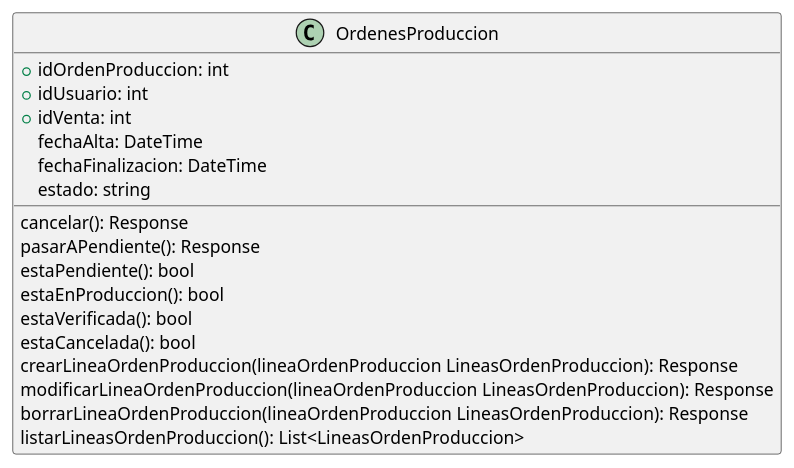
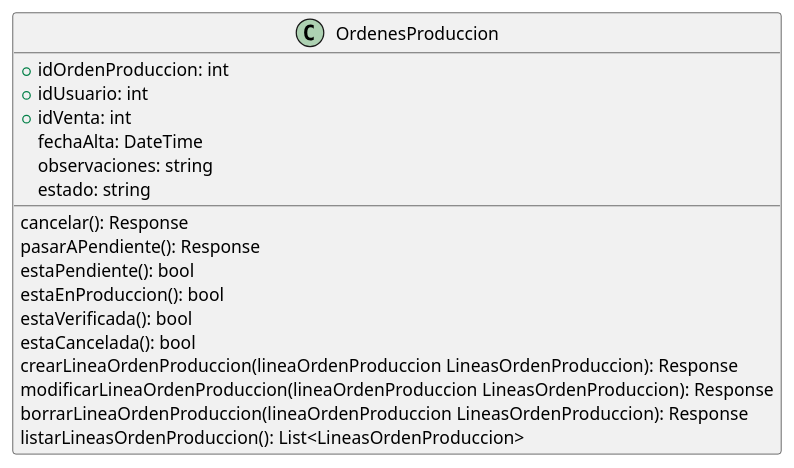
The diagram in DiagramaClases/Clases/OrdenesProduccion.puml (ZMGestion/DocumentacionZMGestion), drawn with PlantUML before and after one commit. The commit also changed 21 other files, not shown here.

Commit message:
Cambios en atributos y metodos diagrama de clases

```diff
--- a/DiagramaClases/Clases/OrdenesProduccion.puml
+++ b/DiagramaClases/Clases/OrdenesProduccion.puml
@@ -1,22 +1,22 @@
 @startuml OrdenesProduccion
 class OrdenesProduccion{
     +idOrdenProduccion: int
     +idUsuario: int
     +idVenta: int
     fechaAlta: DateTime
-    fechaFinalizacion: DateTime
+    observaciones: string
     estado: string
 
     cancelar(): Response
     pasarAPendiente(): Response
     estaPendiente(): bool
     estaEnProduccion(): bool
     estaVerificada(): bool
     estaCancelada(): bool
     crearLineaOrdenProduccion(lineaOrdenProduccion LineasOrdenProduccion): Response
     modificarLineaOrdenProduccion(lineaOrdenProduccion LineasOrdenProduccion): Response
     borrarLineaOrdenProduccion(lineaOrdenProduccion LineasOrdenProduccion): Response
     listarLineasOrdenProduccion(): List<LineasOrdenProduccion>
 
 }
 @enduml
```
